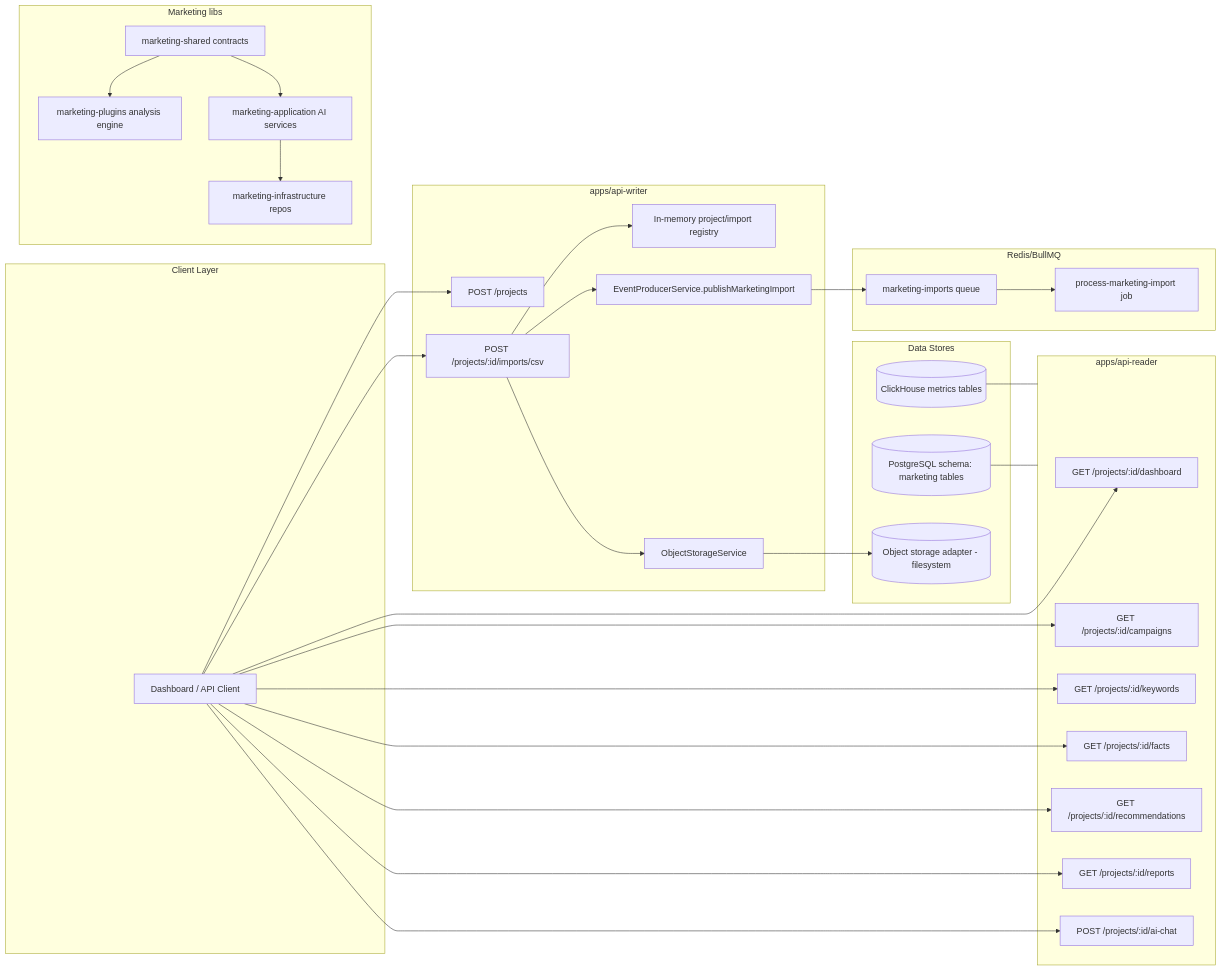
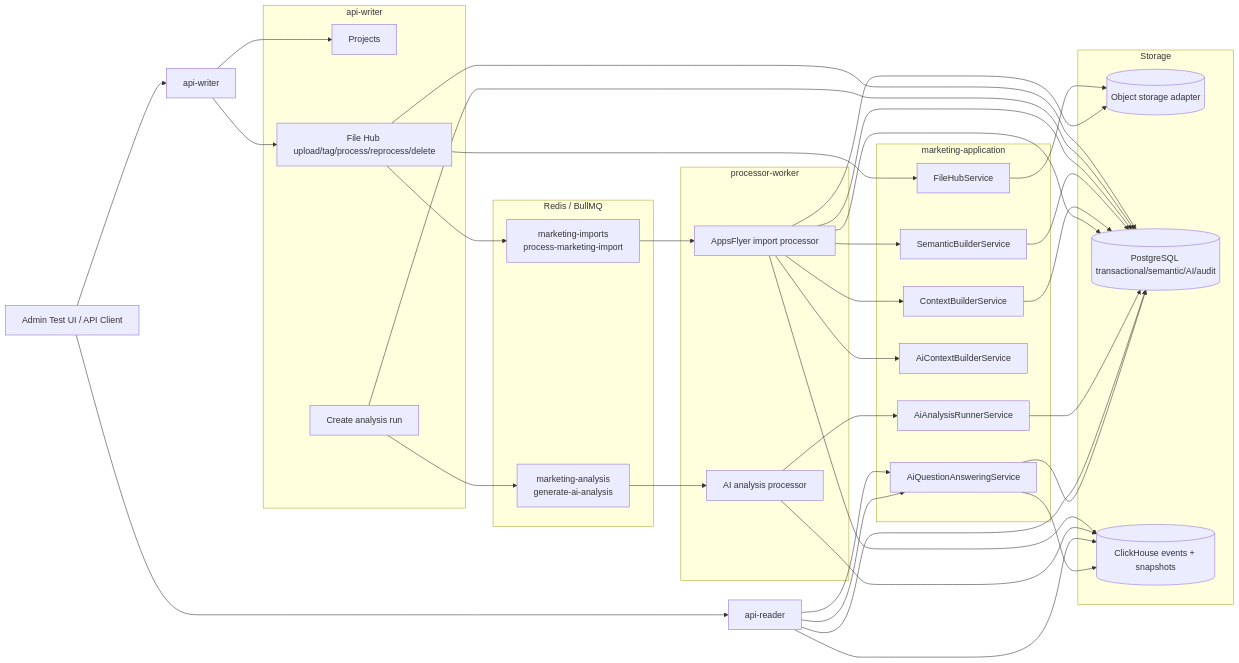
One commit to guxal/EventStreamPlatform changed the first of 4 diagrams in docs_marketing_copilot.md. Above: the diagram before and after it, drawn with Mermaid. The commit also changed other lines of this file and 14 other files, not shown here.

Commit message:
docs: refresh marketing copilot project status

````diff
--- a/docs_marketing_copilot.md
+++ b/docs_marketing_copilot.md
@@ -58,64 +50,59 @@
 ```mermaid
 flowchart LR
-  subgraph Client Layer
-    C1[Dashboard / API Client]
+  UI[Admin Test UI / API Client] --> W[api-writer]
+  UI --> R[api-reader]
+
+  subgraph Writer[api-writer]
+    W1[Projects]
+    W2[File Hub upload/tag/process/reprocess/delete]
+    W3[Create analysis run]
   end
 
-  subgraph Writer[apps/api-writer]
-    W1[POST /projects]
-    W2[POST /projects/:id/imports/csv]
-    W3[In-memory project/import registry]
-    W4[ObjectStorageService]
-    W5[EventProducerService.publishMarketingImport]
+  subgraph Queues[Redis / BullMQ]
+    Q1[marketing-imports\nprocess-marketing-import]
+    Q2[marketing-analysis\ngenerate-ai-analysis]
   end
 
-  subgraph Queue[Redis/BullMQ]
-    Q1[marketing-imports queue]
-    J1[process-marketing-import job]
+  subgraph Worker[processor-worker]
+    P1[AppsFlyer import processor]
+    P2[AI analysis processor]
   end
 
-  subgraph Reader[apps/api-reader]
-    R1[GET /projects/:id/dashboard]
-    R2[GET /projects/:id/campaigns]
-    R3[GET /projects/:id/keywords]
-    R4[GET /projects/:id/facts]
-    R5[GET /projects/:id/recommendations]
-    R6[GET /projects/:id/reports]
-    R7[POST /projects/:id/ai-chat]
+  subgraph Application[marketing-application]
+    FH[FileHubService]
+    SB[SemanticBuilderService]
+    CB[ContextBuilderService]
+    AIC[AiContextBuilderService]
+    AIR[AiAnalysisRunnerService]
+    QAS[AiQuestionAnsweringService]
   end
 
-  subgraph Domain[Marketing libs]
-    S1[marketing-shared contracts]
-    P1[marketing-plugins analysis engine]
-    A1[marketing-application AI services]
-    I1[marketing-infrastructure repos]
+  subgraph Storage[Storage]
+    OBJ[(Object storage adapter)]
+    PG[(PostgreSQL transactional/semantic/AI/audit)]
+    CH[(ClickHouse events + snapshots)]
   end
 
-  subgraph Storage[Data Stores]
-    PG[(PostgreSQL schema: marketing tables)]
-    CH[(ClickHouse metrics tables)]
-    OBJ[(Object storage adapter - filesystem)]
-  end
+  W --> W1
+  W --> W2 --> FH --> OBJ
+  W2 --> PG
+  W2 --> Q1 --> P1
+  W3 --> PG
+  W3 --> Q2 --> P2
 
-  C1 --> W1
-  C1 --> W2
-  W2 --> W3
-  W2 --> W4
-  W4 --> OBJ
-  W2 --> W5
-  W5 --> Q1 --> J1
+  P1 --> OBJ
+  P1 --> CH
+  P1 --> PG
+  P1 --> SB --> PG
+  P1 --> CB --> PG
+  P1 --> AIC
+  P1 --> PG
 
-  C1 --> R1
-  C1 --> R2
-  C1 --> R3
-  C1 --> R4
-  C1 --> R5
-  C1 --> R6
-  C1 --> R7
+  P2 --> AIR --> PG
+  P2 --> CH
 
-  S1 --> P1
-  S1 --> A1
-  A1 --> I1
-  PG --- Reader
-  CH --- Reader
+  R --> PG
+  R --> CH
+  R --> QAS --> PG
+  R --> QAS --> CH
 ```
````
